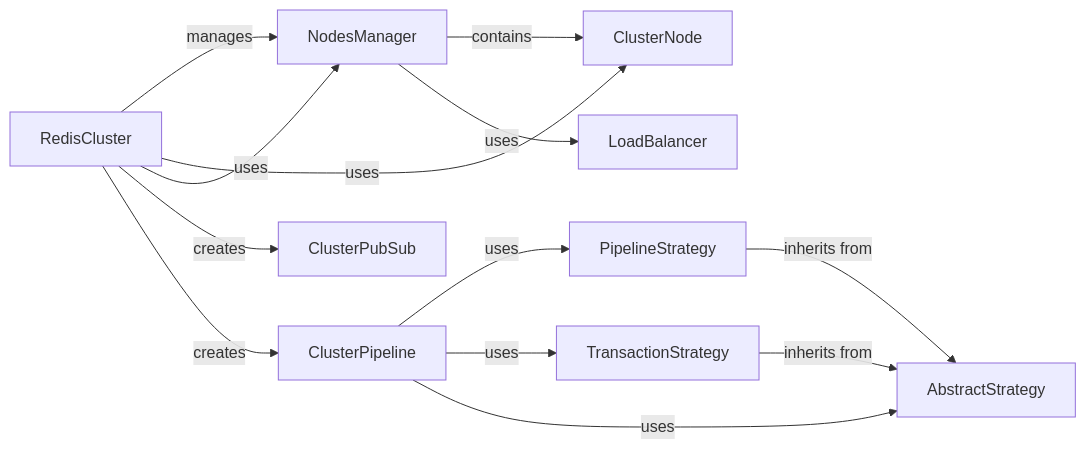
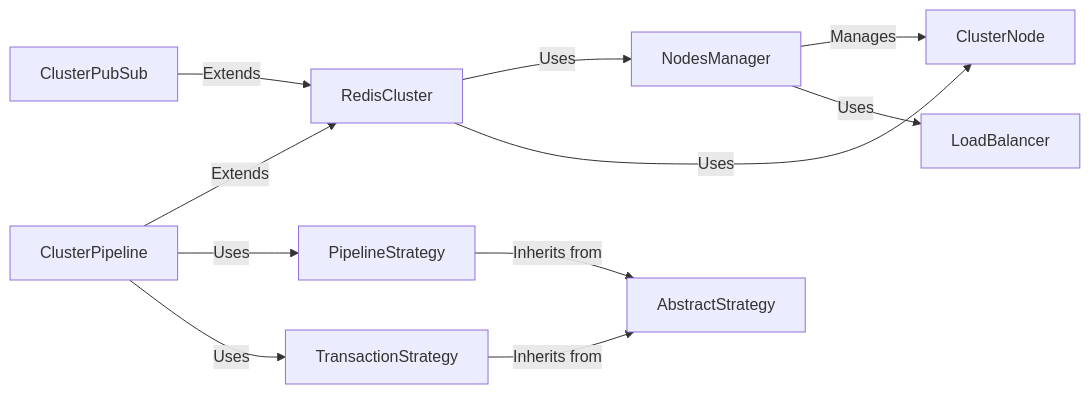
One commit to CodeBoarding/GeneratedOnBoardings changed the diagram in redis-py/Cluster Support.md. Above: the diagram before and after it, drawn with Mermaid. The commit also changed other lines of this file and 12 other files, not shown here.

````diff
--- a/redis-py/Cluster Support.md
+++ b/redis-py/Cluster Support.md
@@ -1,24 +1,22 @@
 ```mermaid
 graph LR
     RedisCluster["RedisCluster"]
     NodesManager["NodesManager"]
     ClusterNode["ClusterNode"]
+    LoadBalancer["LoadBalancer"]
     ClusterPubSub["ClusterPubSub"]
     ClusterPipeline["ClusterPipeline"]
     PipelineStrategy["PipelineStrategy"]
     TransactionStrategy["TransactionStrategy"]
     AbstractStrategy["AbstractStrategy"]
-    LoadBalancer["LoadBalancer"]
-    RedisCluster -- "manages" --> NodesManager
-    NodesManager -- "contains" --> ClusterNode
-    RedisCluster -- "uses" --> ClusterNode
-    RedisCluster -- "uses" --> NodesManager
-    RedisCluster -- "creates" --> ClusterPubSub
-    RedisCluster -- "creates" --> ClusterPipeline
-    ClusterPipeline -- "uses" --> PipelineStrategy
-    ClusterPipeline -- "uses" --> TransactionStrategy
-    PipelineStrategy -- "inherits from" --> AbstractStrategy
-    TransactionStrategy -- "inherits from" --> AbstractStrategy
-    NodesManager -- "uses" --> LoadBalancer
-    ClusterPipeline -- "uses" --> AbstractStrategy
+    RedisCluster -- "Uses" --> NodesManager
+    NodesManager -- "Manages" --> ClusterNode
+    NodesManager -- "Uses" --> LoadBalancer
+    RedisCluster -- "Uses" --> ClusterNode
+    ClusterPubSub -- "Extends" --> RedisCluster
+    ClusterPipeline -- "Extends" --> RedisCluster
+    ClusterPipeline -- "Uses" --> PipelineStrategy
+    ClusterPipeline -- "Uses" --> TransactionStrategy
+    PipelineStrategy -- "Inherits from" --> AbstractStrategy
+    TransactionStrategy -- "Inherits from" --> AbstractStrategy
 ```
````
